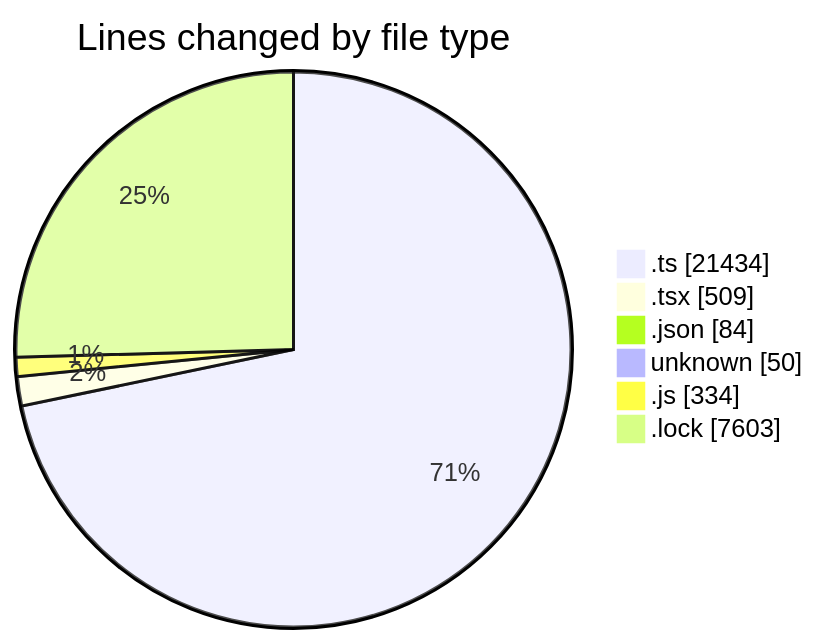
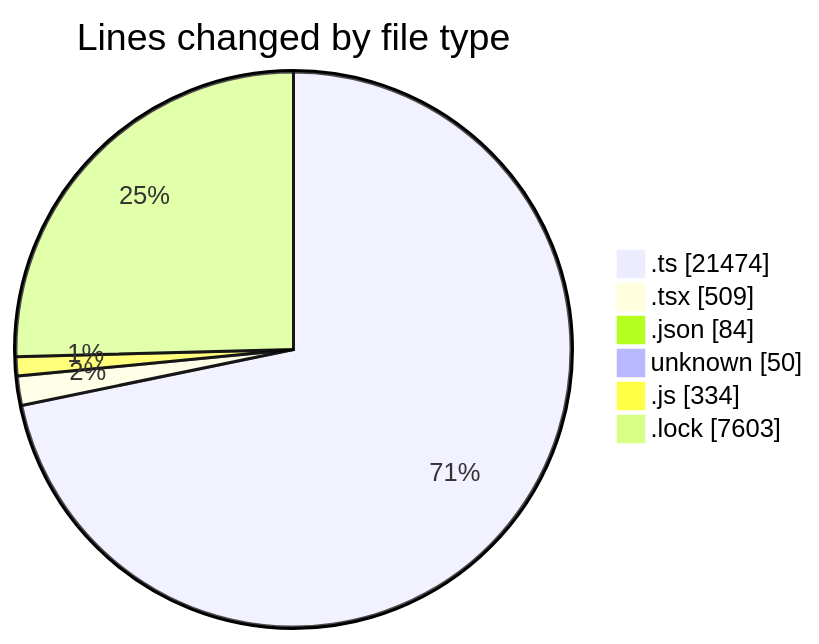
The first of 2 diagrams in 2025-11-28/cda/README.md (momahboobian/code-tracking), drawn with Mermaid before and after one commit. The commit also changed other lines of this file and 1 other file, not shown here.

````diff
--- a/2025-11-28/cda/README.md
+++ b/2025-11-28/cda/README.md
@@ -33,10 +33,10 @@
 ```mermaid
 pie showData
 title Lines changed by file type
-".ts" : 21434
+".ts" : 21474
 ".tsx" : 509
 ".json" : 84
 "unknown" : 50
 ".js" : 334
 ".lock" : 7603
 ```
````
